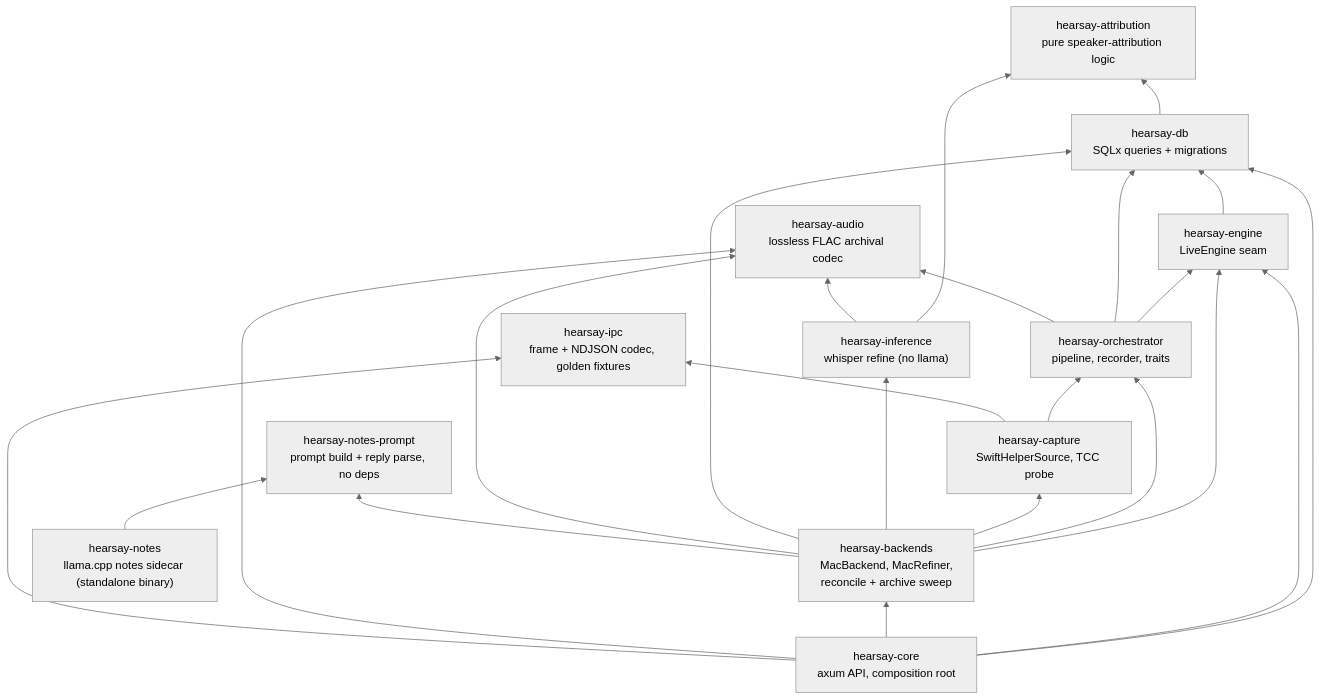
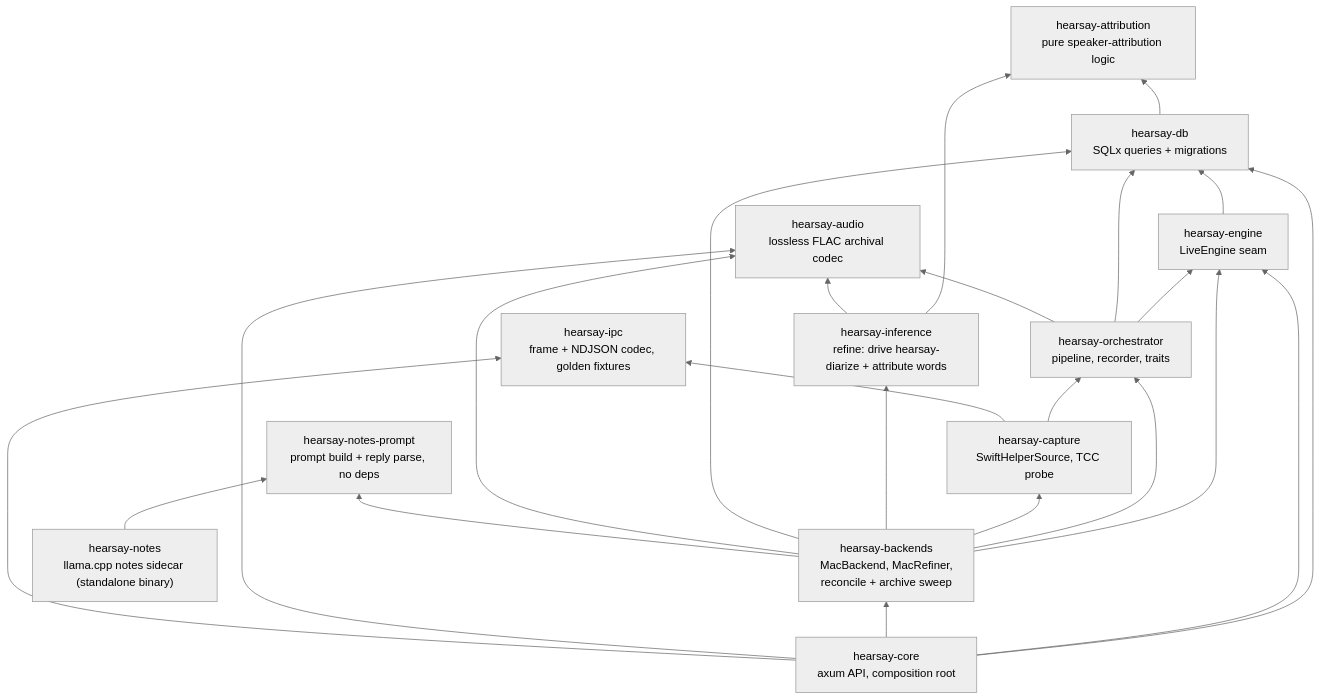
The second of 7 diagrams in docs/architecture.md (rwiseman87/hearsay), drawn with Mermaid (neutral theme) before and after one commit. The commit also changed other lines of this file and 78 other files, not shown here.

First line of the commit message:
Replace the whisper refine with Parakeet Ultra

````diff
--- a/docs/architecture.md
+++ b/docs/architecture.md
@@ -85,38 +85,38 @@
 ```mermaid
 flowchart BT
     ipc["hearsay-ipc<br/>frame + NDJSON codec, golden fixtures"]
     attr["hearsay-attribution<br/>pure speaker-attribution logic"]
     audio["hearsay-audio<br/>lossless FLAC archival codec"]
     db["hearsay-db<br/>SQLx queries + migrations"]
     engine["hearsay-engine<br/>LiveEngine seam"]
     orch["hearsay-orchestrator<br/>pipeline, recorder, traits"]
     cap["hearsay-capture<br/>SwiftHelperSource, TCC probe"]
-    inf["hearsay-inference<br/>whisper refine (no llama)"]
+    inf["hearsay-inference<br/>refine: drive hearsay-diarize + attribute words"]
     notesprompt["hearsay-notes-prompt<br/>prompt build + reply parse, no deps"]
     back["hearsay-backends<br/>MacBackend, MacRefiner,<br/>reconcile + archive sweep"]
     core["hearsay-core<br/>axum API, composition root"]
     notes["hearsay-notes<br/>llama.cpp notes sidecar (standalone binary)"]
 
     db --> attr
     engine --> db
     orch --> engine
     orch --> db
     orch --> audio
     cap --> orch
     cap --> ipc
     inf --> attr
     inf --> audio
     back --> engine
     back --> orch
     back --> cap
     back --> inf
     back --> db
     back --> audio
     back --> notesprompt
     core --> db
     core --> engine
     core --> back
     core --> audio
     core --> ipc
     notes --> notesprompt
 ```
````
